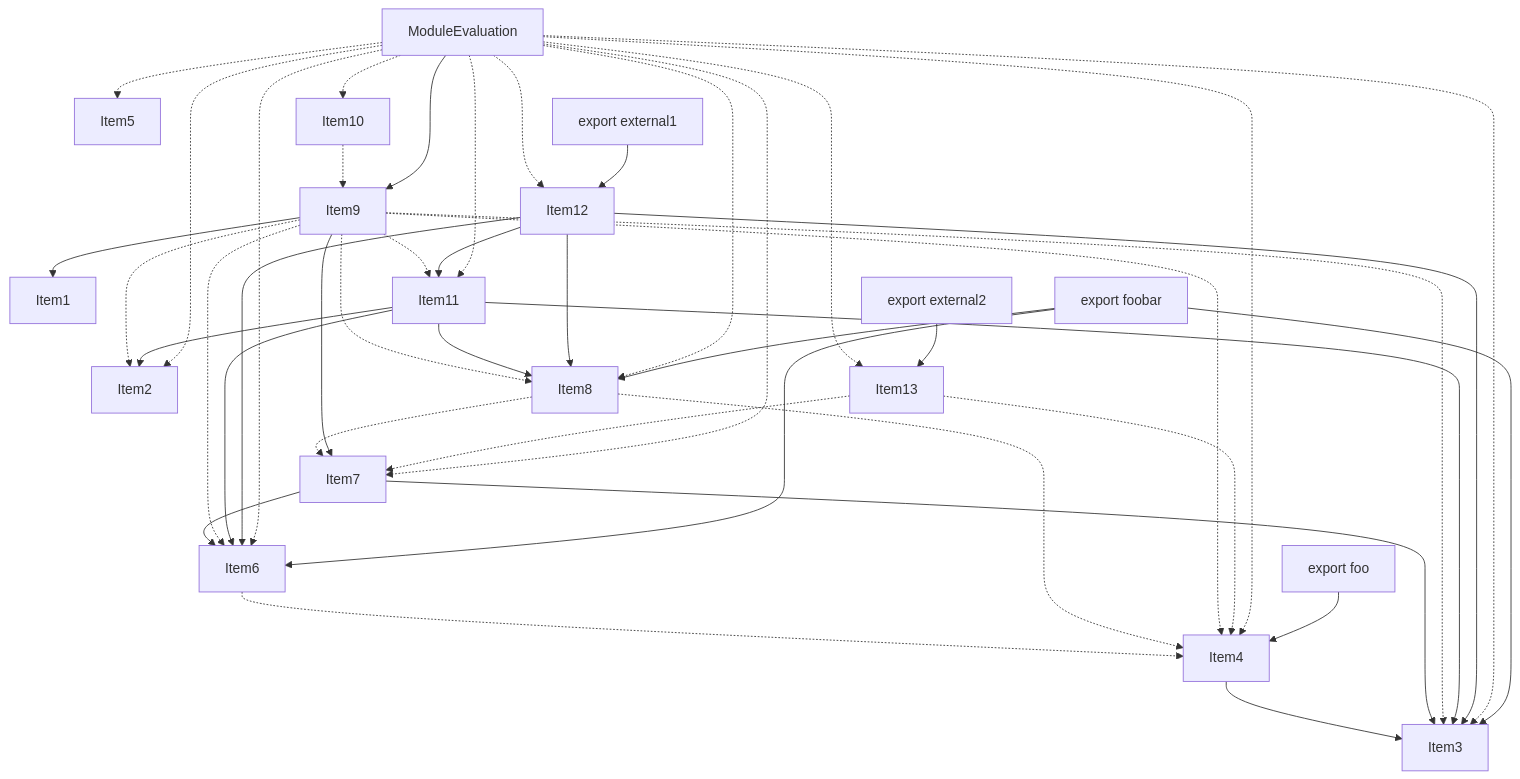
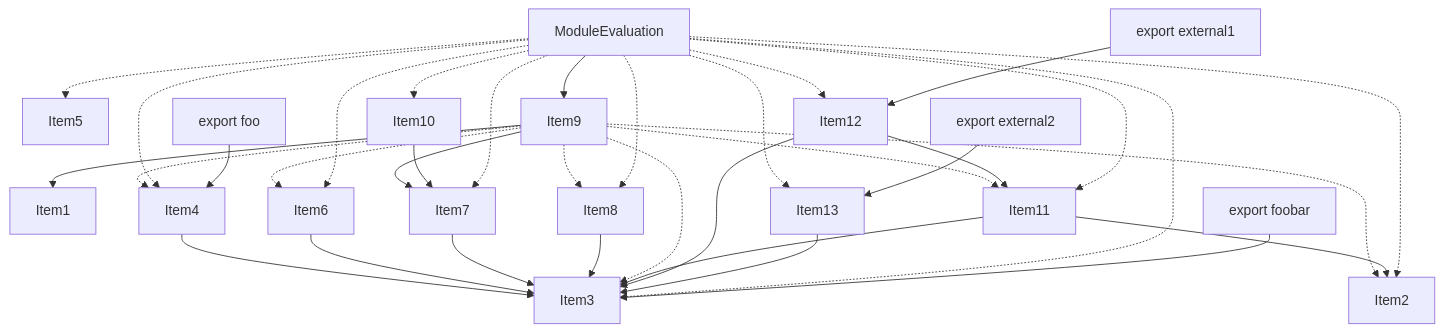
One commit to vercel/turborepo changed the fourth of 4 diagrams in crates/turbopack-ecmascript/tests/tree-shaker/analyzer/1/output.md. Above: the diagram before and after it, drawn with Mermaid. The commit also changed other lines of this file and 2 other files, not shown here.

````diff
--- a/crates/turbopack-ecmascript/tests/tree-shaker/analyzer/1/output.md
+++ b/crates/turbopack-ecmascript/tests/tree-shaker/analyzer/1/output.md
@@ -259,69 +250,60 @@
 ```mermaid
 graph TD
     Item1;
     Item2;
     Item3;
     Item4;
     Item5;
     Item6;
     Item7;
     Item8;
     Item9;
     Item10;
     Item11;
     Item12;
     Item13;
     Item14;
     Item14["ModuleEvaluation"];
     Item15;
     Item15["export foobar"];
     Item16;
     Item16["export foo"];
     Item17;
     Item17["export external1"];
     Item18;
     Item18["export external2"];
     Item4 --> Item3;
-    Item6 -.-> Item4;
+    Item6 --> Item3;
     Item7 --> Item3;
-    Item7 --> Item6;
-    Item8 -.-> Item4;
-    Item8 -.-> Item7;
+    Item8 --> Item3;
     Item9 --> Item7;
     Item9 --> Item1;
     Item9 -.-> Item2;
     Item9 -.-> Item3;
+    Item9 -.-> Item4;
     Item9 -.-> Item6;
     Item9 -.-> Item8;
-    Item9 -.-> Item4;
     Item9 -.-> Item11;
-    Item10 -.-> Item9;
+    Item10 --> Item7;
     Item11 --> Item2;
     Item11 --> Item3;
-    Item11 --> Item6;
-    Item11 --> Item8;
     Item12 --> Item11;
     Item12 --> Item3;
-    Item12 --> Item6;
-    Item12 --> Item8;
-    Item13 -.-> Item4;
-    Item13 -.-> Item7;
+    Item13 --> Item3;
     Item14 --> Item9;
     Item14 -.-> Item12;
     Item14 -.-> Item2;
     Item14 -.-> Item3;
+    Item14 -.-> Item4;
     Item14 -.-> Item6;
+    Item14 -.-> Item7;
     Item14 -.-> Item8;
-    Item14 -.-> Item4;
-    Item14 -.-> Item7;
     Item14 -.-> Item5;
     Item14 -.-> Item10;
     Item14 -.-> Item11;
     Item14 -.-> Item13;
     Item15 --> Item3;
-    Item15 --> Item6;
-    Item15 --> Item8;
     Item16 --> Item4;
     Item17 --> Item12;
     Item18 --> Item13;
 ```
````
